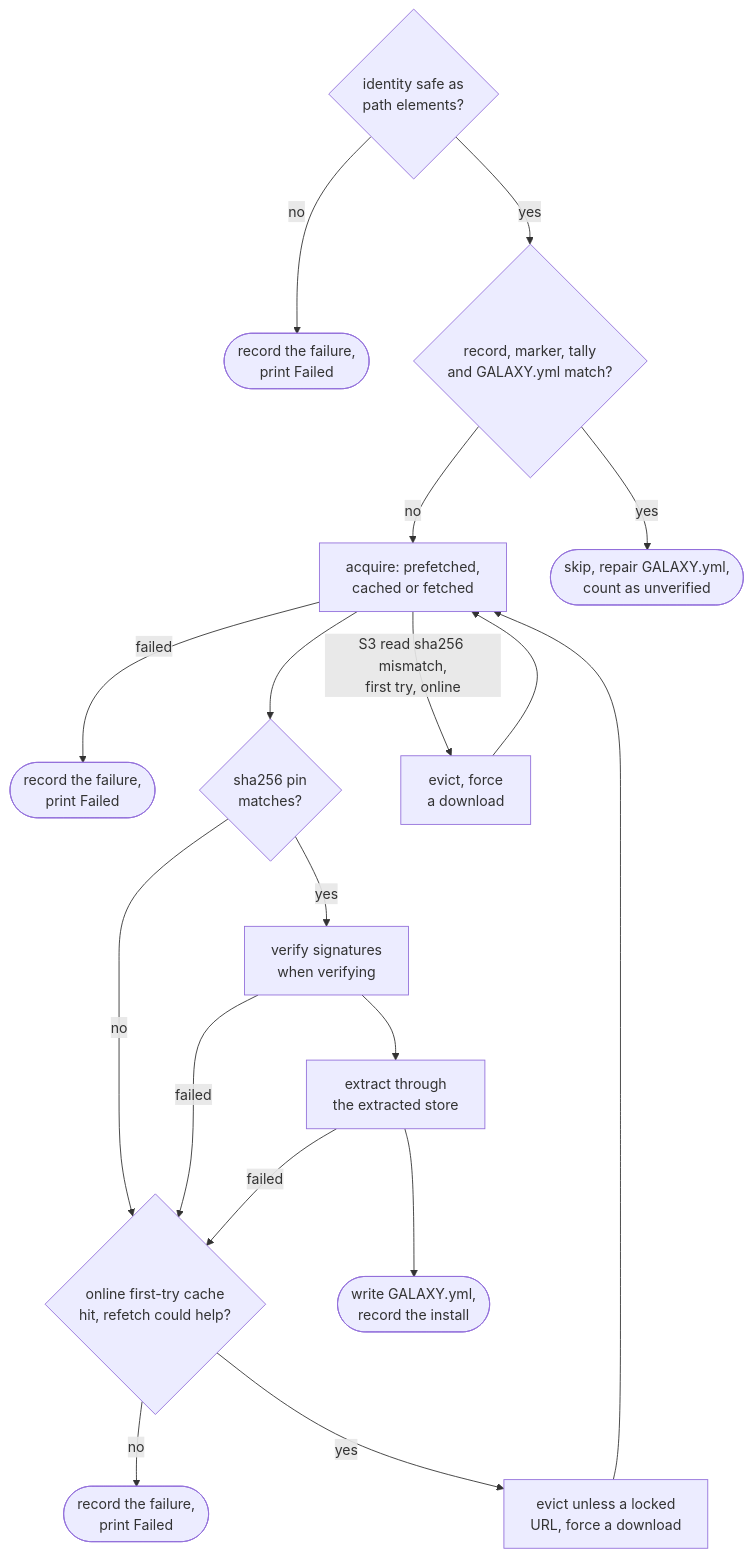
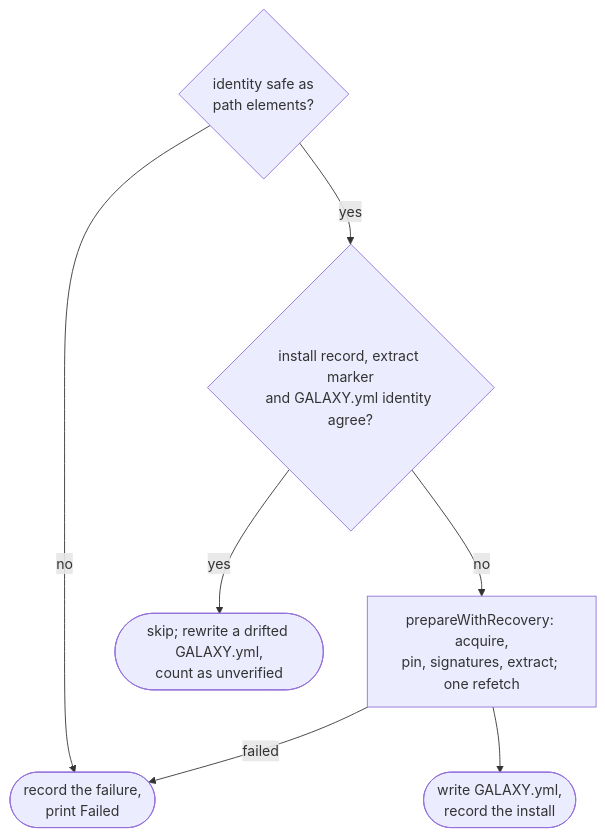
Before and after one commit to greeddj/go-galaxy: the seventh of 7 diagrams in docs/internals/flow-install.md, drawn with Mermaid. The commit also changed other lines of this file and 36 other files, not shown here.

````diff
--- a/docs/internals/flow-install.md
+++ b/docs/internals/flow-install.md
@@ -162,20 +159,9 @@
 ```mermaid
 flowchart TD
-  C2{"identity safe as<br/>path elements?"} -->|"no"| CF1(["record the failure,<br/>print Failed"])
-  C2 -->|"yes"| C3{"record, marker, tally<br/>and GALAXY.yml match?"}
-  C3 -->|"no"| C5["acquire: prefetched,<br/>cached or fetched"]
-  C3 -->|"yes"| C4(["skip, repair GALAXY.yml,<br/>count as unverified"])
-  C5 -->|"failed"| CF2(["record the failure,<br/>print Failed"])
-  C5 --> C6{"sha256 pin<br/>matches?"}
-  C5 -->|"S3 read sha256 mismatch,<br/>first try, online"| C11["evict, force<br/>a download"]
-  C11 --> C5
-  C6 -->|"yes"| C7["verify signatures<br/>when verifying"]
-  C6 -->|"no"| CR{"online first-try cache<br/>hit, refetch could help?"}
-  C7 --> C8["extract through<br/>the extracted store"]
-  C7 -->|"failed"| CR
-  C8 --> C9(["write GALAXY.yml,<br/>record the install"])
-  C8 -->|"failed"| CR
-  CR -->|"no"| CF(["record the failure,<br/>print Failed"])
-  CR -->|"yes"| C10["evict unless a locked<br/>URL, force a download"]
-  C10 --> C5
+  C2{"identity safe as<br/>path elements?"} -->|"no"| CF(["record the failure,<br/>print Failed"])
+  C2 -->|"yes"| C3{"install record, extract marker<br/>and GALAXY.yml identity agree?"}
+  C3 -->|"yes"| C4(["skip; rewrite a drifted GALAXY.yml,<br/>count as unverified"])
+  C3 -->|"no"| C5["prepareWithRecovery: acquire,<br/>pin, signatures, extract; one refetch"]
+  C5 -->|"failed"| CF
+  C5 --> C9(["write GALAXY.yml,<br/>record the install"])
 ```
````
